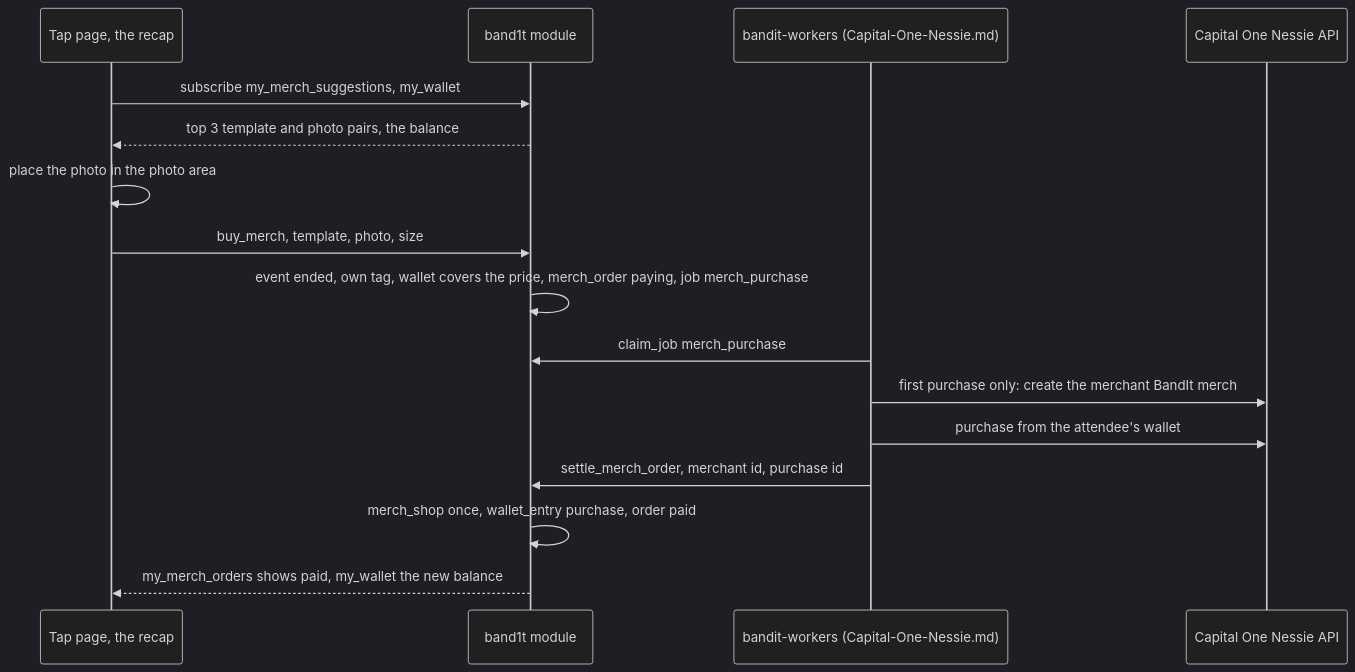
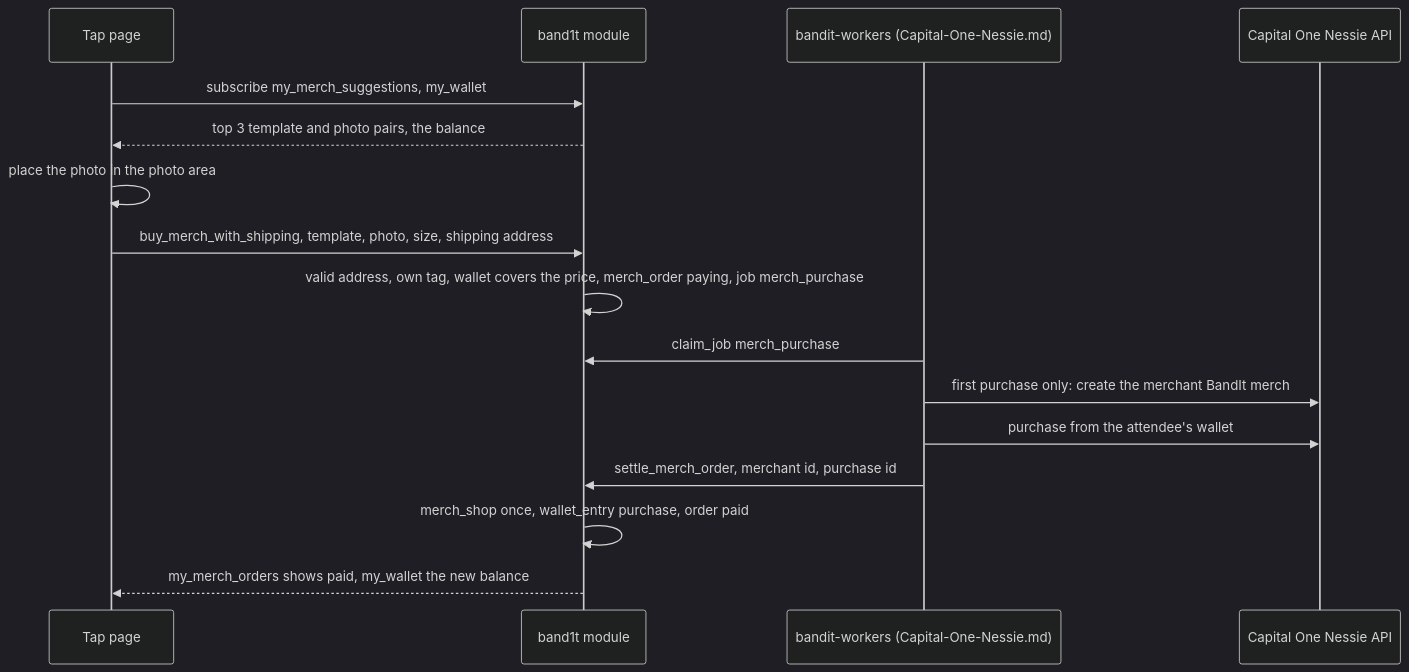
One commit to viktorinkov/cal-hacks-13 changed the second of 3 diagrams in System Design/6-features/Merch.md. Above: the diagram before and after it, drawn with Mermaid (dark theme). The commit also changed other lines of this file and 27 other files, not shown here.

Commit message:
Show event finances and capture merch delivery addresses

````diff
--- a/System Design/6-features/Merch.md
+++ b/System Design/6-features/Merch.md
@@ -134,18 +139,18 @@
 ```mermaid
 sequenceDiagram
-    participant AT as Tap page, the recap
+    participant AT as Tap page
     participant M as band1t module
     participant W as bandit-workers (Capital-One-Nessie.md)
     participant N as Capital One Nessie API
     AT->>M: subscribe my_merch_suggestions, my_wallet
     M-->>AT: top 3 template and photo pairs, the balance
     AT->>AT: place the photo in the photo area
-    AT->>M: buy_merch, template, photo, size
-    M->>M: event ended, own tag, wallet covers the price, merch_order paying, job merch_purchase
+    AT->>M: buy_merch_with_shipping, template, photo, size, shipping address
+    M->>M: valid address, own tag, wallet covers the price, merch_order paying, job merch_purchase
     W->>M: claim_job merch_purchase
     W->>N: first purchase only: create the merchant BandIt merch
     W->>N: purchase from the attendee's wallet
     W->>M: settle_merch_order, merchant id, purchase id
     M->>M: merch_shop once, wallet_entry purchase, order paid
     M-->>AT: my_merch_orders shows paid, my_wallet the new balance
 ```
````
